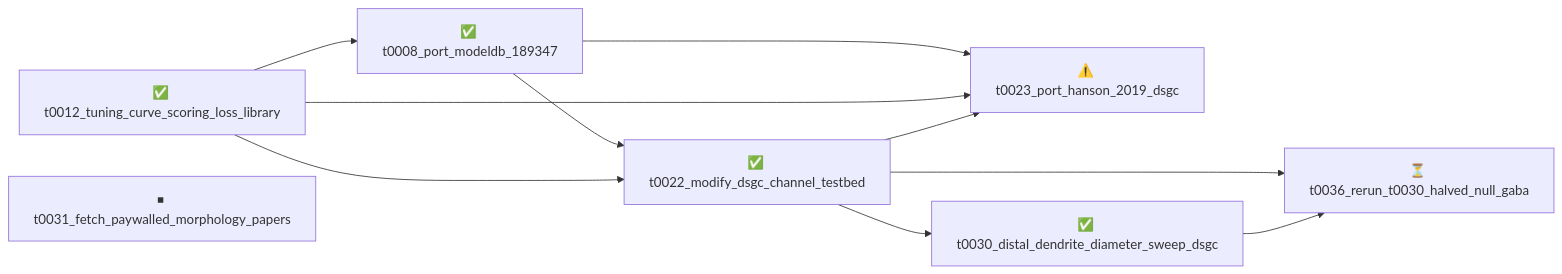
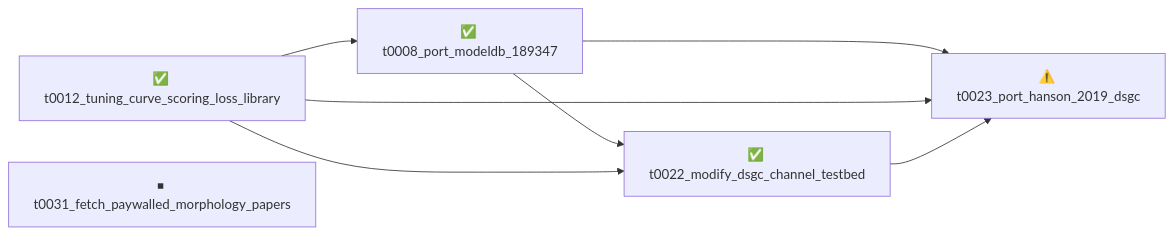
The diagram in overview/tasks/README.md (tonza17/neuron-channels), drawn with Mermaid before and after one commit. The commit also changed other lines of this file and 42 other files, not shown here.

````diff
--- a/overview/tasks/README.md
+++ b/overview/tasks/README.md
@@ -15,20 +13,15 @@
 ```mermaid
 graph LR
     t0008_port_modeldb_189347["✅ t0008_port_modeldb_189347"]
     t0012_tuning_curve_scoring_loss_library["✅ t0012_tuning_curve_scoring_loss_library"]
     t0022_modify_dsgc_channel_testbed["✅ t0022_modify_dsgc_channel_testbed"]
     t0023_port_hanson_2019_dsgc["⚠️ t0023_port_hanson_2019_dsgc"]
-    t0030_distal_dendrite_diameter_sweep_dsgc["✅ t0030_distal_dendrite_diameter_sweep_dsgc"]
     t0031_fetch_paywalled_morphology_papers["⏹ t0031_fetch_paywalled_morphology_papers"]
-    t0036_rerun_t0030_halved_null_gaba["⏳ t0036_rerun_t0030_halved_null_gaba"]
 
     t0012_tuning_curve_scoring_loss_library --> t0008_port_modeldb_189347
     t0008_port_modeldb_189347 --> t0022_modify_dsgc_channel_testbed
     t0012_tuning_curve_scoring_loss_library --> t0022_modify_dsgc_channel_testbed
     t0008_port_modeldb_189347 --> t0023_port_hanson_2019_dsgc
     t0012_tuning_curve_scoring_loss_library --> t0023_port_hanson_2019_dsgc
     t0022_modify_dsgc_channel_testbed --> t0023_port_hanson_2019_dsgc
-    t0022_modify_dsgc_channel_testbed --> t0030_distal_dendrite_diameter_sweep_dsgc
-    t0022_modify_dsgc_channel_testbed --> t0036_rerun_t0030_halved_null_gaba
-    t0030_distal_dendrite_diameter_sweep_dsgc --> t0036_rerun_t0030_halved_null_gaba
 ```
````
